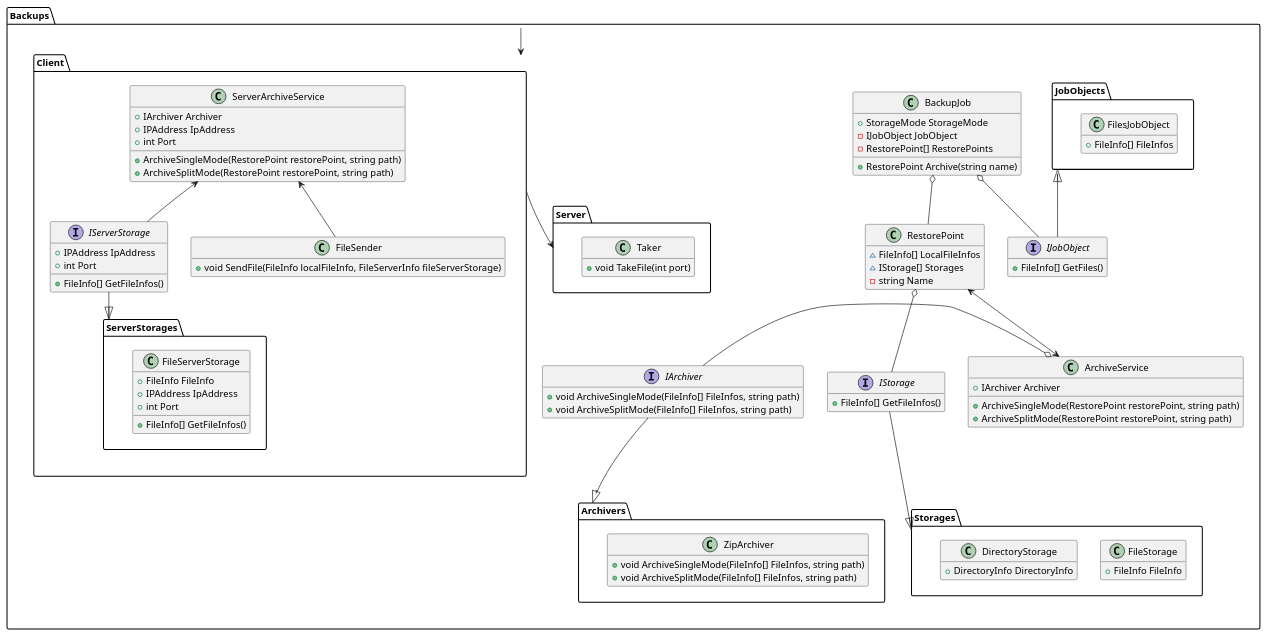
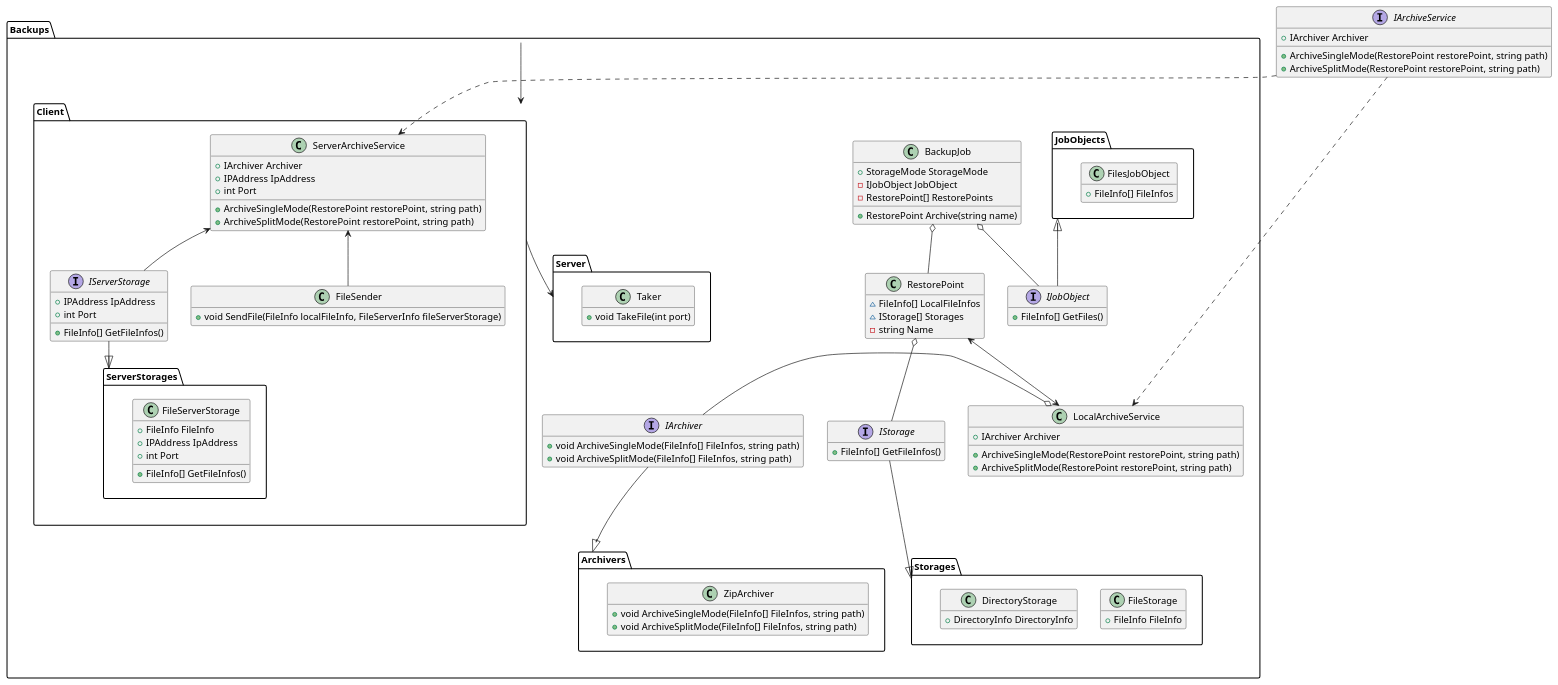
Before and after one commit to Ar4eR-ValerA/OOP.IIIsem: the diagram in Docs/Classes.puml, drawn with PlantUML.

Commit message:
docs: classes uml v4.1

```diff
--- a/Docs/Classes.puml
+++ b/Docs/Classes.puml
@@ -1,118 +1,127 @@
 @startuml
 
 hide empty members
 
 package Backups {
     class BackupJob {
         + StorageMode StorageMode
         - IJobObject JobObject
         - RestorePoint[] RestorePoints
         
         + RestorePoint Archive(string name)
     }
     
     interface IJobObject {
         + FileInfo[] GetFiles()
     }
     
     package JobObjects {
         class FilesJobObject {
             + FileInfo[] FileInfos
         }
     }
     
     class RestorePoint {
         ~ FileInfo[] LocalFileInfos
         ~ IStorage[] Storages
         - string Name
     }
     
     interface IStorage {
         + FileInfo[] GetFileInfos()
     }
     
     package Archivers {
         class ZipArchiver {
             + void ArchiveSingleMode(FileInfo[] FileInfos, string path)
             + void ArchiveSplitMode(FileInfo[] FileInfos, string path)
         }
     }
     
     interface IArchiver {
         + void ArchiveSingleMode(FileInfo[] FileInfos, string path)
         + void ArchiveSplitMode(FileInfo[] FileInfos, string path)
     }
     
-    class ArchiveService {
+    class LocalArchiveService {
         + IArchiver Archiver
         
         + ArchiveSingleMode(RestorePoint restorePoint, string path)
         + ArchiveSplitMode(RestorePoint restorePoint, string path)
     }
     
     package Storages {
         class FileStorage {
             + FileInfo FileInfo
         }
         
         class DirectoryStorage {
             + DirectoryInfo DirectoryInfo
         }
     }
 }
 
 package Backups.Client {
     class ServerArchiveService {
         + IArchiver Archiver
         + IPAddress IpAddress
         + int Port
                 
         + ArchiveSingleMode(RestorePoint restorePoint, string path)
         + ArchiveSplitMode(RestorePoint restorePoint, string path)
     }
     
     package ServerStorages {
         class FileServerStorage {
             + FileInfo FileInfo
             + IPAddress IpAddress
             + int Port
             
             + FileInfo[] GetFileInfos()
         }
     }
     
     interface IServerStorage {
         + FileInfo[] GetFileInfos()
         + IPAddress IpAddress
         + int Port
     }
     
     class FileSender {
         + void SendFile(FileInfo localFileInfo, FileServerInfo fileServerStorage)
     }
 }
 
 package Backups.Server {
     class Taker {
         + void TakeFile(int port)
     }
 }
 
+interface IArchiveService {
+    + IArchiver Archiver
+    
+    + ArchiveSingleMode(RestorePoint restorePoint, string path)
+    + ArchiveSplitMode(RestorePoint restorePoint, string path)
+}
+
 BackupJob o-- RestorePoint
 RestorePoint o-- IStorage
 BackupJob o-- IJobObject
-RestorePoint <--> ArchiveService
+RestorePoint <--> LocalArchiveService
 JobObjects <|-- IJobObject
 IStorage --|> Storages
-IArchiver -o ArchiveService
+IArchiver -o LocalArchiveService
 IArchiver --|> Archivers
 Backups --> Backups.Client
 Backups.Client --> Backups.Server
 
 ServerArchiveService <-- IServerStorage
 ServerArchiveService <-- FileSender
 IServerStorage --|> ServerStorages
 
+IArchiveService ..> LocalArchiveService
+IArchiveService ..> ServerArchiveService
 
 
 @enduml
```
